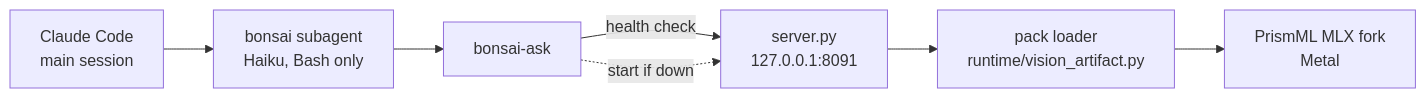
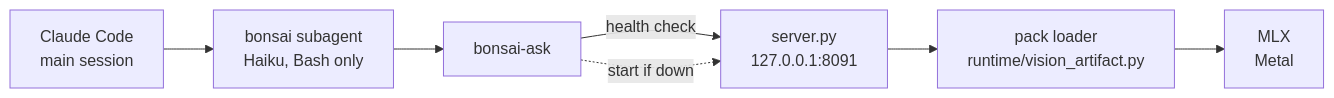
The diagram in README.md (michael-denyer/bonsai-agent), drawn with Mermaid before and after one commit. The commit also changed other lines of this file and 4 other files, not shown here.

````diff
--- a/README.md
+++ b/README.md
@@ -27,9 +27,9 @@
 ```mermaid
 flowchart LR
     CC[Claude Code<br/>main session] --> SA[bonsai subagent<br/>Haiku, Bash only]
     SA --> ASK[bonsai-ask]
     ASK -->|health check| SRV[server.py<br/>127.0.0.1:8091]
     ASK -.->|start if down| SRV
     SRV --> PACK[pack loader<br/>runtime/vision_artifact.py]
-    PACK --> MLX[PrismML MLX fork<br/>Metal]
+    PACK --> MLX[MLX<br/>Metal]
 ```
````
